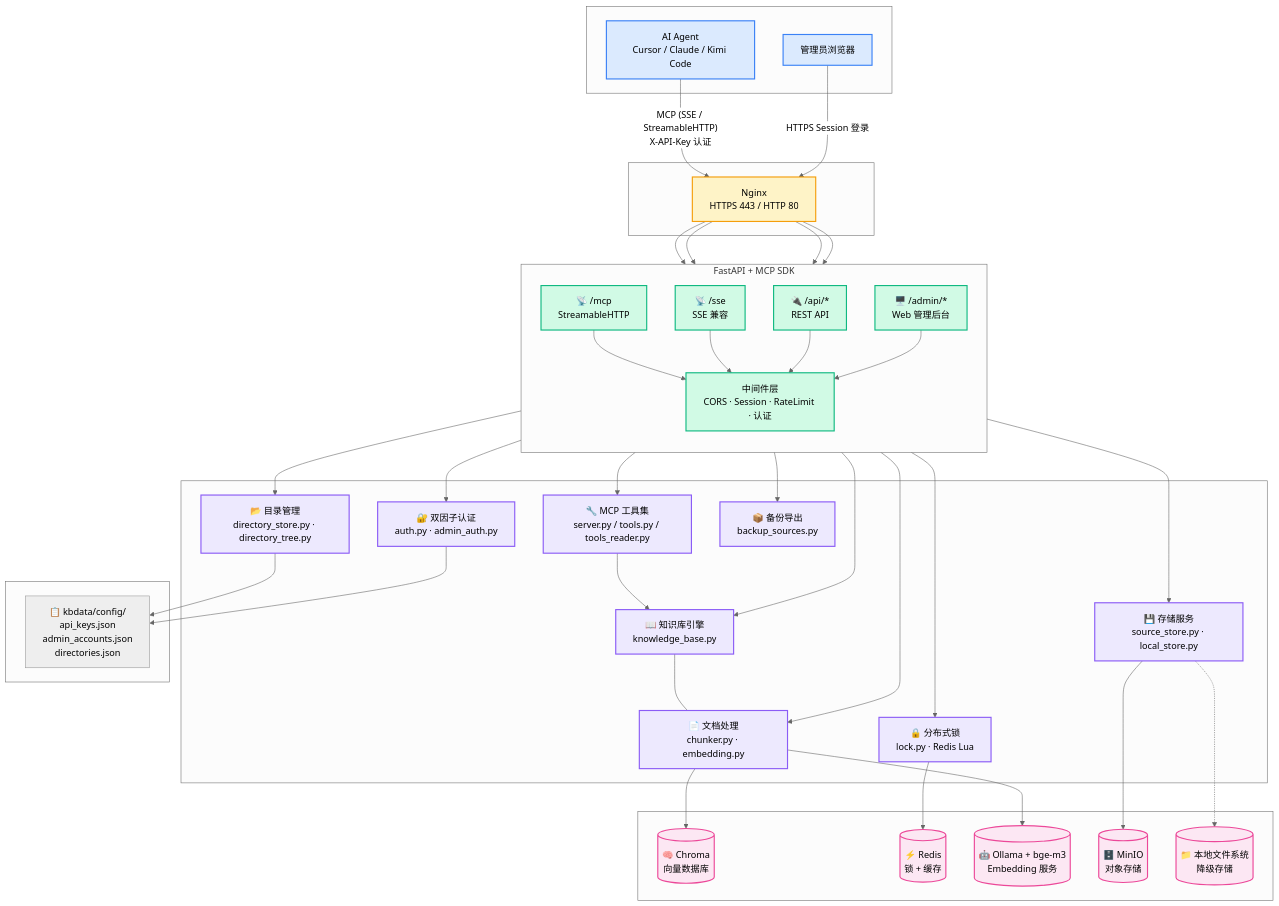
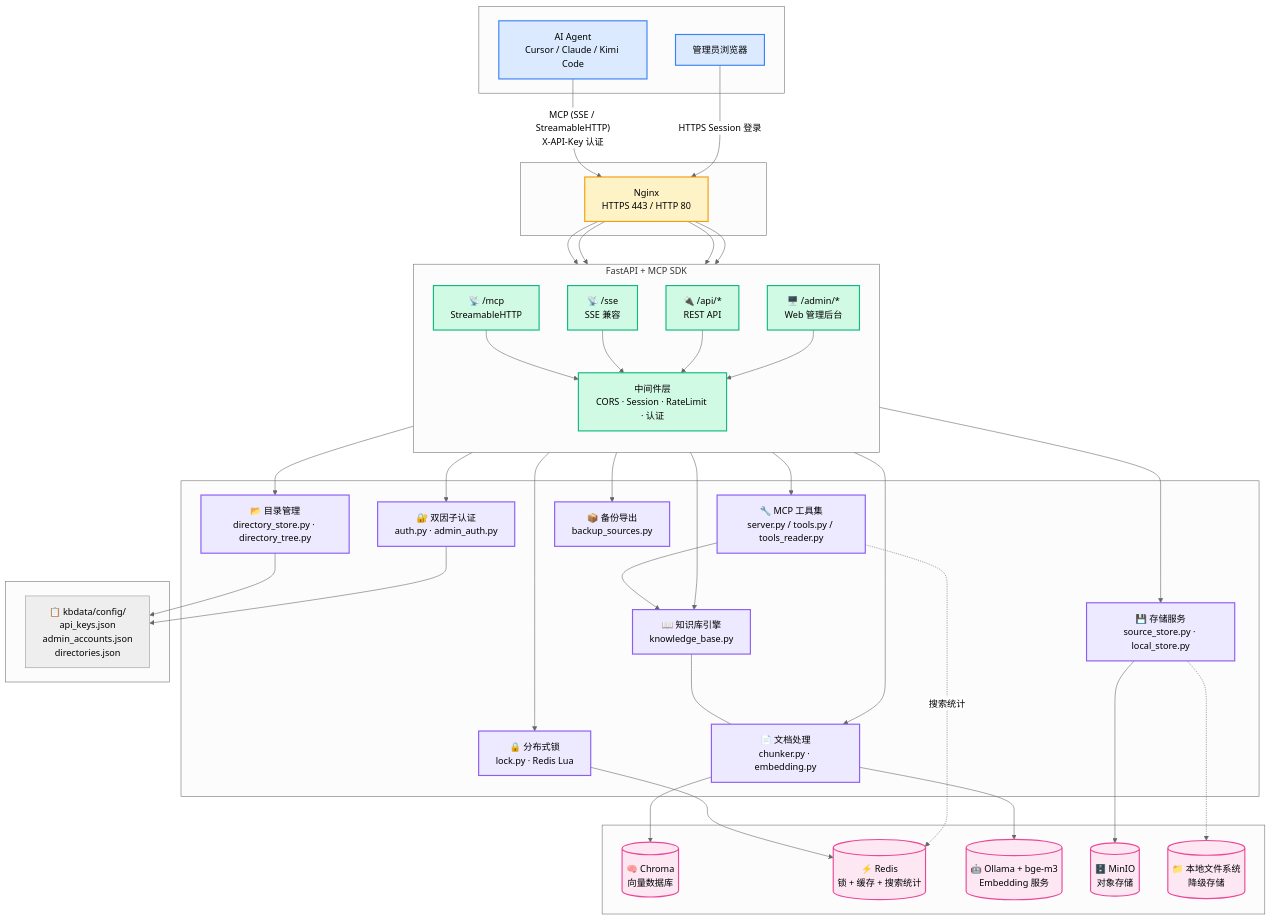
Before and after one commit to KingDevatil/knowledge-base-management: the first of 3 diagrams in README.md, drawn with Mermaid (neutral theme). The commit also changed 7 other files, not shown here.

````diff
--- a/README.md
+++ b/README.md
@@ -24,67 +24,68 @@
 ```mermaid
 graph TB
     %% 样式定义
     classDef client fill:#dbeafe,stroke:#3b82f6,stroke-width:2px
     classDef proxy fill:#fef3c7,stroke:#f59e0b,stroke-width:2px
     classDef gateway fill:#d1fae5,stroke:#10b981,stroke-width:2px
     classDef service fill:#ede9fe,stroke:#8b5cf6,stroke-width:2px
     classDef data fill:#fce7f3,stroke:#ec4899,stroke-width:2px
     classDef deprecated stroke-dasharray: 5 5
 
     subgraph 用户端[" "]
         A1[AI Agent<br/>Cursor / Claude / Kimi Code]:::client
         A2[管理员浏览器]:::client
     end
 
     subgraph 接入层[" "]
         N1["Nginx<br/>HTTPS 443 / HTTP 80"]:::proxy
     end
 
     subgraph 网关层["FastAPI + MCP SDK"]
         direction TB
         G1["📡 /mcp<br/>StreamableHTTP"]:::gateway
         G2["📡 /sse<br/>SSE 兼容"]:::gateway
         G3["🔌 /api/*<br/>REST API"]:::gateway
         G4["🖥️ /admin/*<br/>Web 管理后台"]:::gateway
         MW["中间件层<br/>CORS · Session · RateLimit · 认证"]:::gateway
     end
 
     subgraph 服务层[" "]
         S1["🔧 MCP 工具集<br/>server.py / tools.py / tools_reader.py"]:::service
         S2["📖 知识库引擎<br/>knowledge_base.py"]:::service
         S3["📄 文档处理<br/>chunker.py · embedding.py"]:::service
         S4["🔐 双因子认证<br/>auth.py · admin_auth.py"]:::service
         S5["🔒 分布式锁<br/>lock.py · Redis Lua"]:::service
         S6["💾 存储服务<br/>source_store.py · local_store.py"]:::service
         S7["📂 目录管理<br/>directory_store.py · directory_tree.py"]:::service
         S8["📦 备份导出<br/>backup_sources.py"]:::service
     end
 
     subgraph 数据层[" "]
         D1[("🧠 Chroma<br/>向量数据库")]:::data
-        D2[("⚡ Redis<br/>锁 + 缓存")]:::data
+        D2[("⚡ Redis<br/>锁 + 缓存 + 搜索统计")]:::data
         D3[("🤖 Ollama + bge-m3<br/>Embedding 服务")]:::data
         D4[("🗄️ MinIO<br/>对象存储")]:::data
         D5[("📁 本地文件系统<br/>降级存储")]:::data
     end
 
     subgraph 配置与数据[" "]
         C1["📋 kbdata/config/<br/>api_keys.json<br/>admin_accounts.json<br/>directories.json"]
     end
 
     %% 连接
     A1 -- "MCP (SSE / StreamableHTTP)<br/>X-API-Key 认证" --> N1
     A2 -- "HTTPS Session 登录" --> N1
     N1 --> G1 & G2 & G3 & G4
     G1 & G2 & G3 --> MW
     G4 --> MW
     MW --> S1 & S2 & S3 & S4 & S5 & S6 & S7 & S8
     S1 --> S2
     S2 --- S3
     S3 --> D1 & D3
     S5 --> D2
+    S1 -. "搜索统计" .-> D2
     S6 --> D4
     S6 -..-> D5
     S7 --> C1
     S4 --> C1
 ```
````
